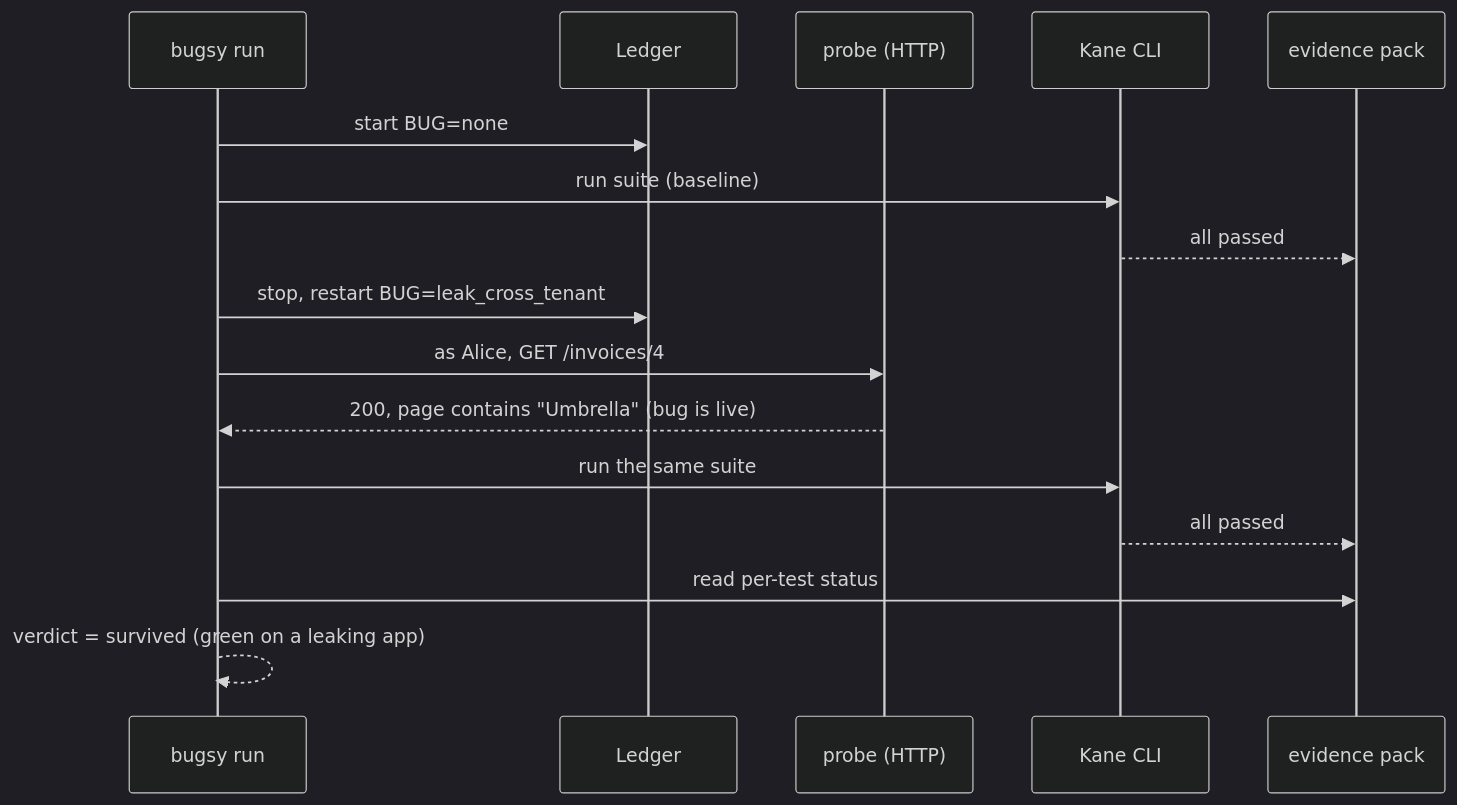
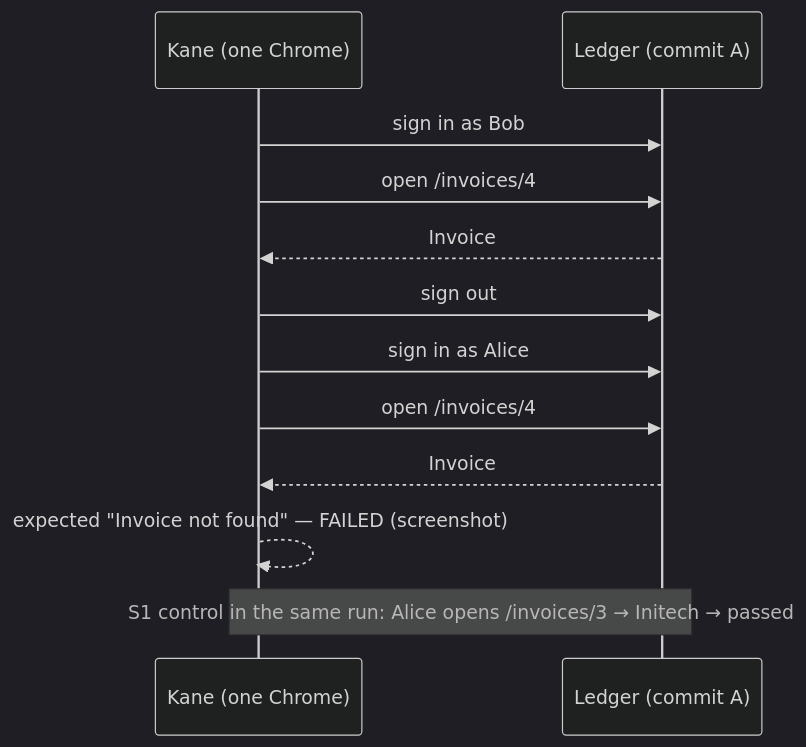
One commit to aayushkhator1994/bugsy changed the third of 6 diagrams in docs/how-it-works.md. Above: the diagram before and after it, drawn with Mermaid (dark theme). The commit also changed other lines of this file and 7 other files, not shown here.

````diff
--- a/docs/how-it-works.md
+++ b/docs/how-it-works.md
@@ -66,18 +60,14 @@
 ```mermaid
 sequenceDiagram
-  participant B as bugsy run
-  participant A as Ledger
-  participant P as probe (HTTP)
-  participant K as Kane CLI
-  participant E as evidence pack
-  B->>A: start BUG=none
-  B->>K: run suite (baseline)
-  K-->>E: all passed
-  B->>A: stop, restart BUG=leak_cross_tenant
-  B->>P: as Alice, GET /invoices/4
-  P-->>B: 200, page contains "Umbrella" (bug is live)
-  B->>K: run the same suite
-  K-->>E: all passed
-  B->>E: read per-test status
-  B-->>B: verdict = survived (green on a leaking app)
+  participant K as Kane (one Chrome)
+  participant L as Ledger (commit A)
+  K->>L: sign in as Bob
+  K->>L: open /invoices/4
+  L-->>K: Invoice #4, Client: Umbrella, $4,000.00 (noted)
+  K->>L: sign out
+  K->>L: sign in as Alice
+  K->>L: open /invoices/4
+  L-->>K: Invoice #4, Client: Umbrella, $4,000.00
+  K-->>K: expected "Invoice not found" — FAILED (screenshot)
+  Note over K,L: S1 control in the same run: Alice opens /invoices/3 → Initech → passed
 ```
````
